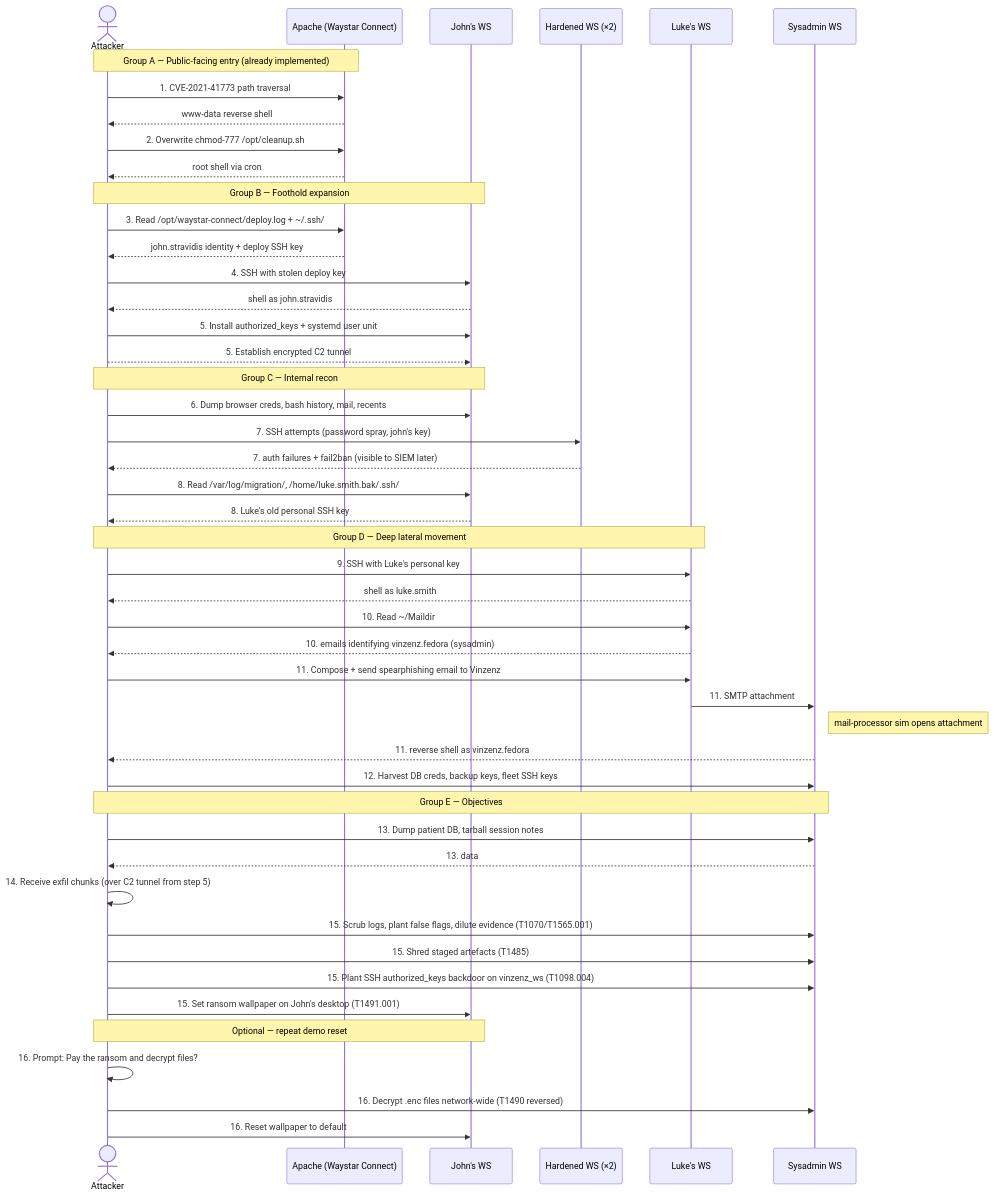
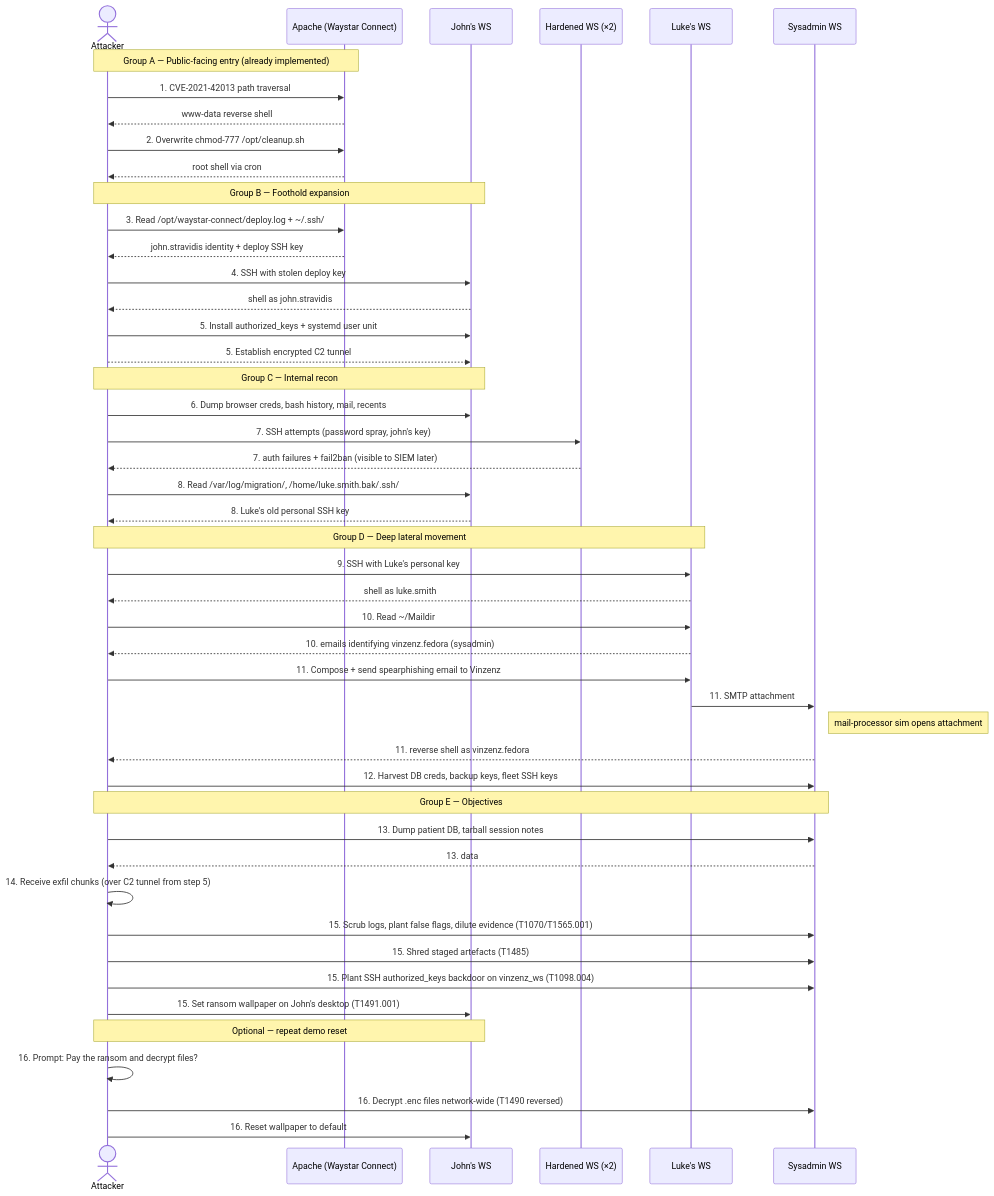
One commit to swscrum/ATT-CK_Scenario changed the diagram in Documentation/attack_plan.md. Above: the diagram before and after it, drawn with Mermaid. The commit also changed other lines of this file and 19 other files, not shown here.

````diff
--- a/Documentation/attack_plan.md
+++ b/Documentation/attack_plan.md
@@ -75,54 +75,54 @@
 ```mermaid
 sequenceDiagram
     actor Att as Attacker
     participant Web as Apache (Waystar Connect)
     participant J as John's WS
     participant H as Hardened WS (×2)
     participant R as Luke's WS
     participant S as Sysadmin WS
 
     Note over Att,Web: Group A — Public-facing entry (already implemented)
-    Att->>Web: 1. CVE-2021-41773 path traversal
+    Att->>Web: 1. CVE-2021-42013 path traversal
     Web-->>Att: www-data reverse shell
     Att->>Web: 2. Overwrite chmod-777 /opt/cleanup.sh
     Web-->>Att: root shell via cron
 
     Note over Att,J: Group B — Foothold expansion
     Att->>Web: 3. Read /opt/waystar-connect/deploy.log + ~/.ssh/
     Web-->>Att: john.stravidis identity + deploy SSH key
     Att->>J: 4. SSH with stolen deploy key
     J-->>Att: shell as john.stravidis
     Att->>J: 5. Install authorized_keys + systemd user unit
     Att-->>J: 5. Establish encrypted C2 tunnel
     
     Note over Att,J: Group C — Internal recon
     Att->>J: 6. Dump browser creds, bash history, mail, recents
     Att->>H: 7. SSH attempts (password spray, john's key)
     H-->>Att: 7. auth failures + fail2ban (visible to SIEM later)
     Att->>J: 8. Read /var/log/migration/, /home/luke.smith.bak/.ssh/
     J-->>Att: 8. Luke's old personal SSH key
 
     Note over Att,R: Group D — Deep lateral movement
     Att->>R: 9. SSH with Luke's personal key
     R-->>Att: shell as luke.smith
     Att->>R: 10. Read ~/Maildir
     R-->>Att: 10. emails identifying vinzenz.fedora (sysadmin)
     Att->>R: 11. Compose + send spearphishing email to Vinzenz
     R->>S: 11. SMTP attachment
     Note right of S: mail-processor sim opens attachment
     S-->>Att: 11. reverse shell as vinzenz.fedora
     Att->>S: 12. Harvest DB creds, backup keys, fleet SSH keys
 
     Note over Att,S: Group E — Objectives
     Att->>S: 13. Dump patient DB, tarball session notes
     S-->>Att: 13. data
     Att->>Att: 14. Receive exfil chunks (over C2 tunnel from step 5)
     Att->>S: 15. Scrub logs, plant false flags, dilute evidence (T1070/T1565.001)
     Att->>S: 15. Shred staged artefacts (T1485)
     Att->>S: 15. Plant SSH authorized_keys backdoor on vinzenz_ws (T1098.004)
     Att->>J: 15. Set ransom wallpaper on John's desktop (T1491.001)
     Note over Att,J: Optional — repeat demo reset
     Att->>Att: 16. Prompt: Pay the ransom and decrypt files?
     Att->>S: 16. Decrypt .enc files network-wide (T1490 reversed)
     Att->>J: 16. Reset wallpaper to default
 ```
````
